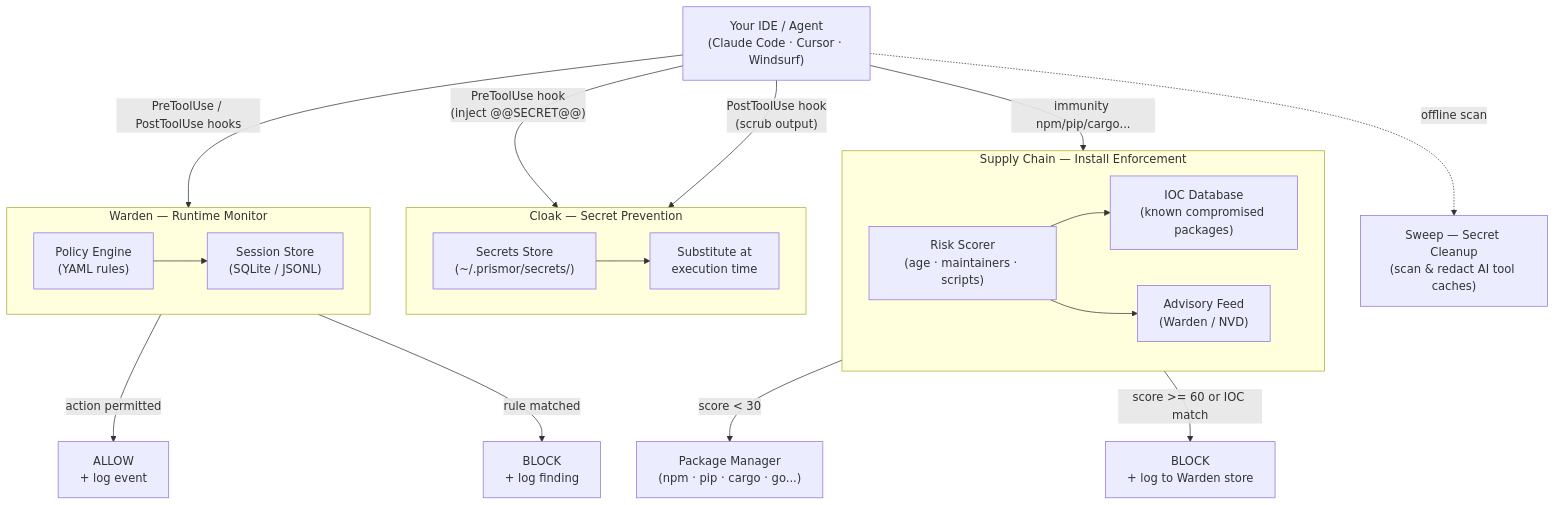
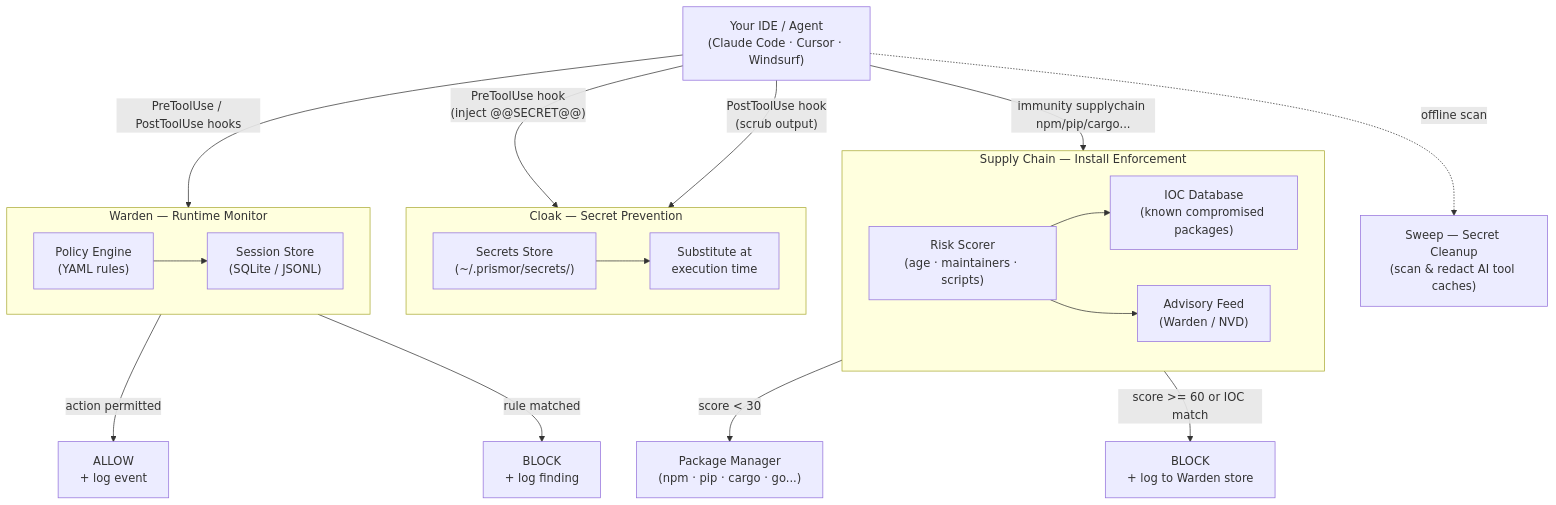
Before and after one commit to Priyansh10ff/immunity-agent: the diagram in README.md, drawn with Mermaid. The commit also changed other lines of this file and 42 other files, not shown here.

````diff
--- a/README.md
+++ b/README.md
@@ -155,40 +222,40 @@
 ```mermaid
 flowchart TD
     IDE["Your IDE / Agent\n(Claude Code · Cursor · Windsurf)"]
 
     IDE -->|"PreToolUse / PostToolUse hooks"| Warden
 
     subgraph Warden["Warden — Runtime Monitor"]
         Policy["Policy Engine\n(YAML rules)"]
         Session["Session Store\n(SQLite / JSONL)"]
         Policy --> Session
     end
 
     Warden -->|"action permitted"| Allow["ALLOW\n+ log event"]
     Warden -->|"rule matched"| Block["BLOCK\n+ log finding"]
 
     IDE -->|"PreToolUse hook\n(inject @@SECRET@@)"| Cloak
     IDE -->|"PostToolUse hook\n(scrub output)"| Cloak
 
     subgraph Cloak["Cloak — Secret Prevention"]
         Store["Secrets Store\n(~/.prismor/secrets/)"]
         Cloak_Hook["Substitute at\nexecution time"]
         Store --> Cloak_Hook
     end
 
     Sweep["Sweep — Secret Cleanup\n(scan & redact AI tool caches)"]
     IDE -.->|"offline scan"| Sweep
 
-    IDE -->|"immunity npm/pip/cargo..."| SC
+    IDE -->|"immunity supplychain npm/pip/cargo..."| SC
 
     subgraph SC["Supply Chain — Install Enforcement"]
         Scorer["Risk Scorer\n(age · maintainers · scripts)"]
         IOC["IOC Database\n(known compromised packages)"]
         Feed["Advisory Feed\n(Warden / NVD)"]
         Scorer --> IOC
         Scorer --> Feed
     end
 
     SC -->|"score < 30"| PkgMgr["Package Manager\n(npm · pip · cargo · go...)"]
     SC -->|"score >= 60 or IOC match"| SCBlock["BLOCK\n+ log to Warden store"]
 ```
````
